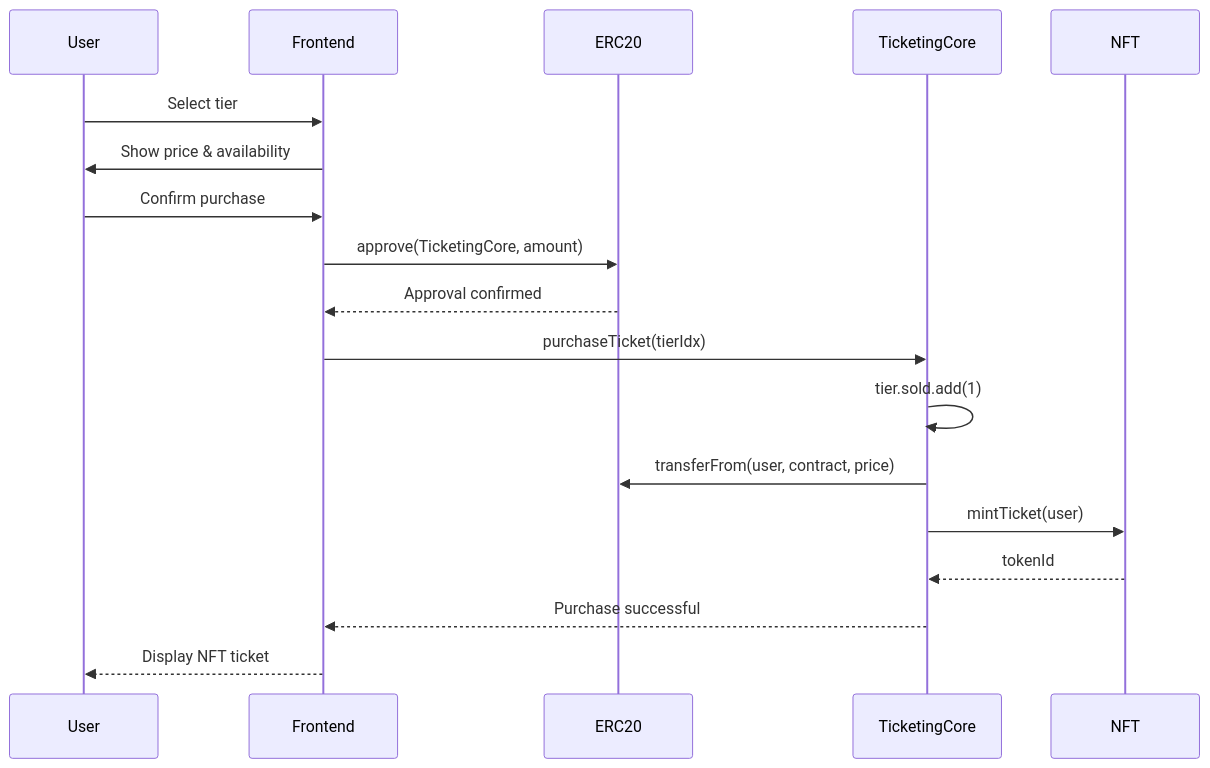
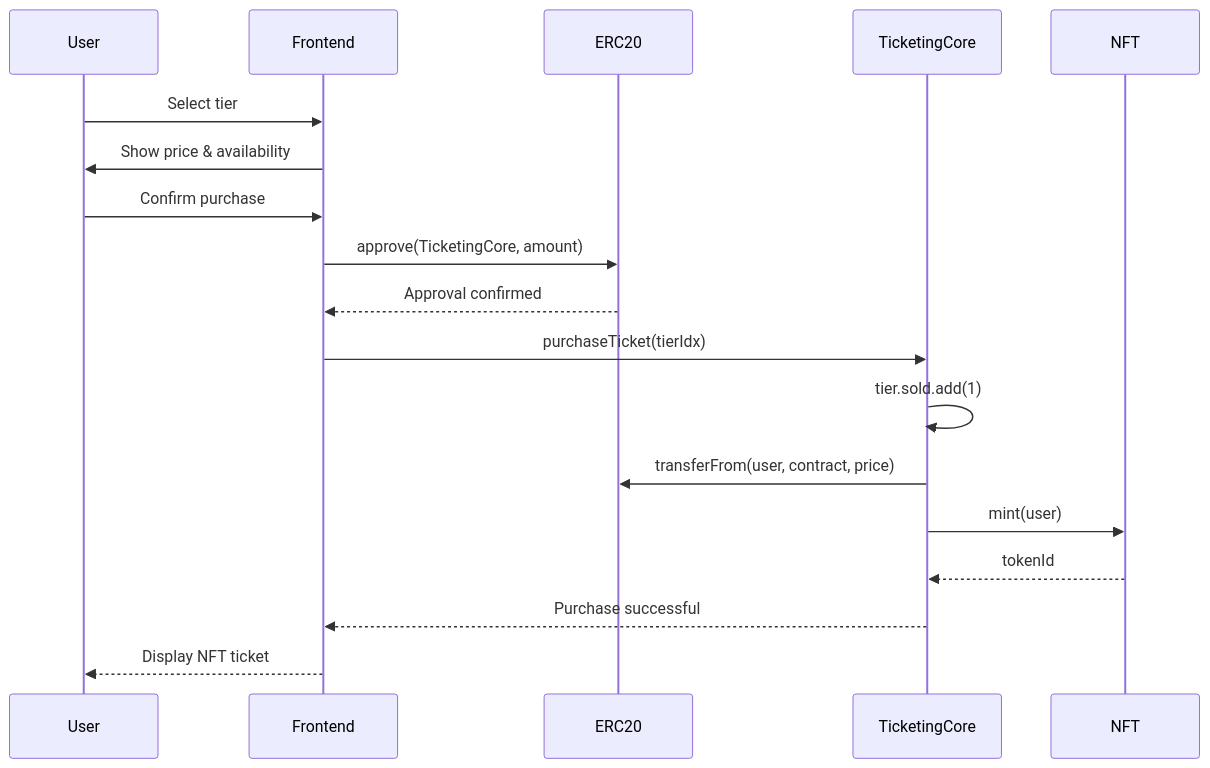
The second of 2 diagrams in PRD.md (imajus/going-in), drawn with Mermaid before and after one commit. The commit also changed other lines of this file and 2 other files, not shown here.

````diff
--- a/PRD.md
+++ b/PRD.md
@@ -207,21 +213,21 @@
 ```mermaid
 sequenceDiagram
     participant User
     participant Frontend
     participant ERC20
     participant TicketingCore
     participant NFT
 
     User->>Frontend: Select tier
     Frontend->>User: Show price & availability
     User->>Frontend: Confirm purchase
     Frontend->>ERC20: approve(TicketingCore, amount)
     ERC20-->>Frontend: Approval confirmed
     Frontend->>TicketingCore: purchaseTicket(tierIdx)
     TicketingCore->>TicketingCore: tier.sold.add(1)
     TicketingCore->>ERC20: transferFrom(user, contract, price)
-    TicketingCore->>NFT: mintTicket(user)
+    TicketingCore->>NFT: mint(user)
     NFT-->>TicketingCore: tokenId
     TicketingCore-->>Frontend: Purchase successful
     Frontend-->>User: Display NFT ticket
 ```
````
